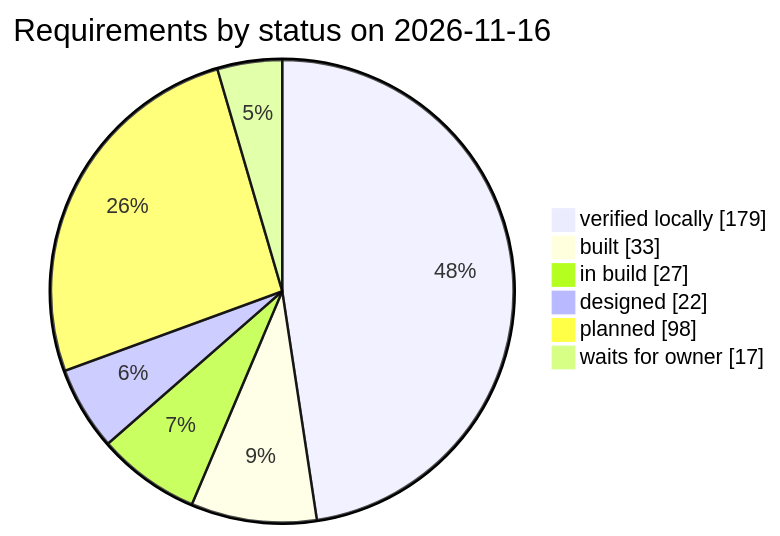
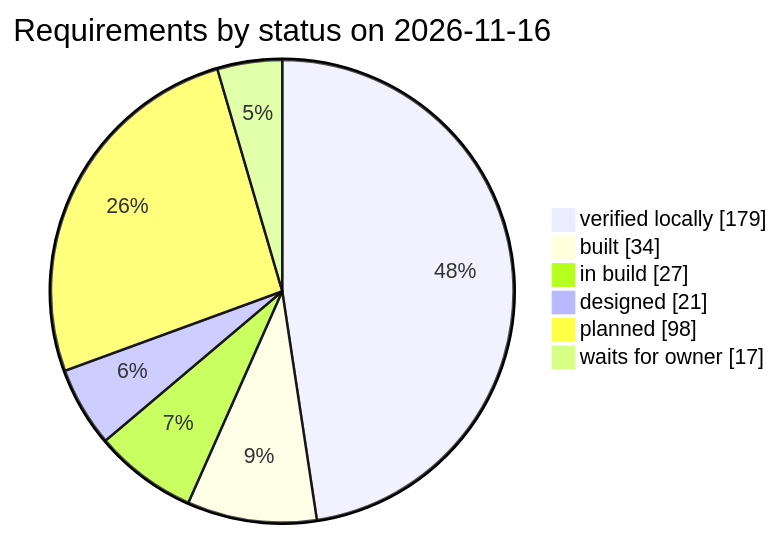
The third of 3 diagrams in docs/requirements.md (qa-io-vn/fnb-manager), drawn with Mermaid before and after one commit. The commit also changed other lines of this file and 52 other files, not shown here.

````diff
--- a/docs/requirements.md
+++ b/docs/requirements.md
@@ -982,10 +982,10 @@
 ```mermaid
 pie showData
     title Requirements by status on 2026-11-16
     "verified locally" : 179
-    "built" : 33
+    "built" : 34
     "in build" : 27
-    "designed" : 22
+    "designed" : 21
     "planned" : 98
     "waits for owner" : 17
 ```
````
